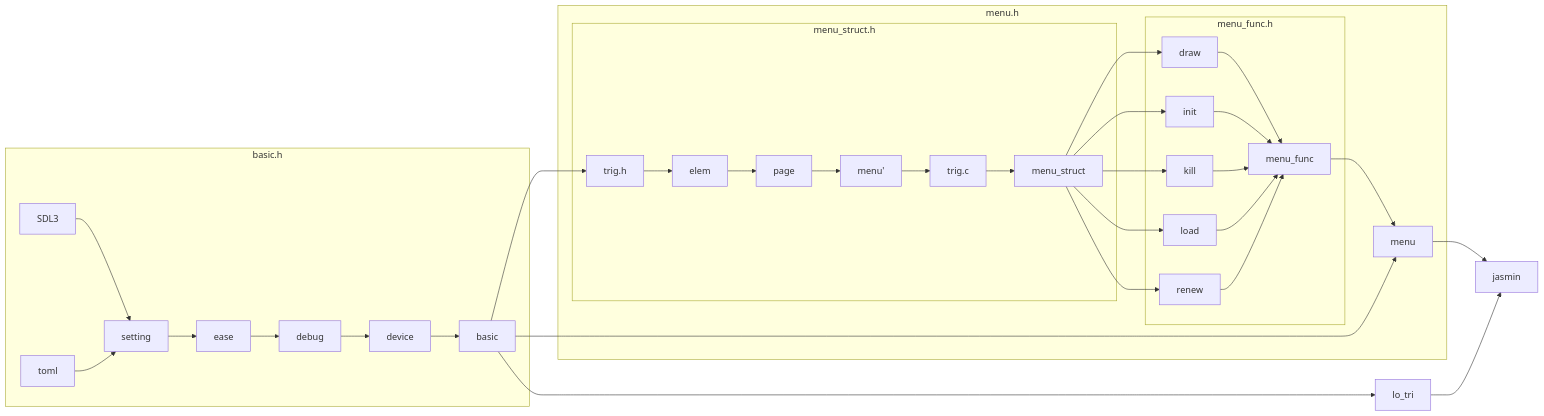
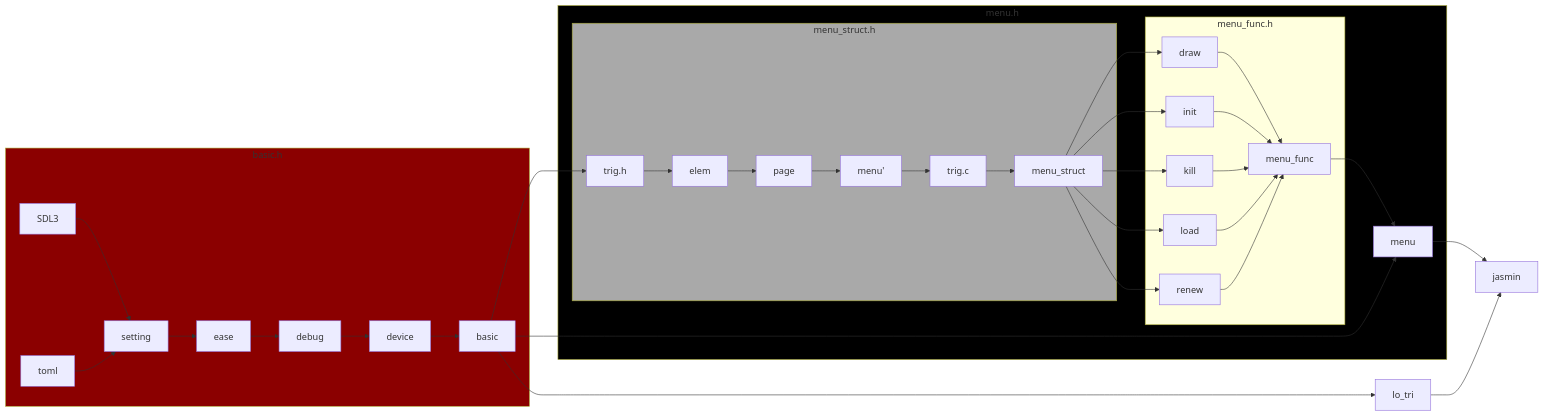
The diagram in src/jasmin/README.md (ShilianShen/Jasmin), drawn with Mermaid before and after one commit.

Commit message:
update jasmin

````diff
--- a/src/jasmin/README.md
+++ b/src/jasmin/README.md
@@ -15,22 +15,25 @@
 ```mermaid
 graph LR
     subgraph basic.h
         SDL3 --> setting
         toml --> setting --> ease --> debug --> device --> basic
     end
+    style basic.h fill: darkred
     subgraph menu.h
         subgraph menu_struct.h
             basic --> trig.h --> elem --> page --> menu' --> trig.c --> menu_struct
         end
+        style menu_struct.h fill: darkgray
         subgraph menu_func.h
             menu_struct --> draw --> menu_func
             menu_struct --> init --> menu_func
             menu_struct --> kill --> menu_func
             menu_struct --> load --> menu_func
             menu_struct --> renew --> menu_func
         end
         menu_func --> menu
     end
+    style menu.h fill: black
     basic --> menu --> jasmin
     basic --> lo_tri --> jasmin
 ```
````
